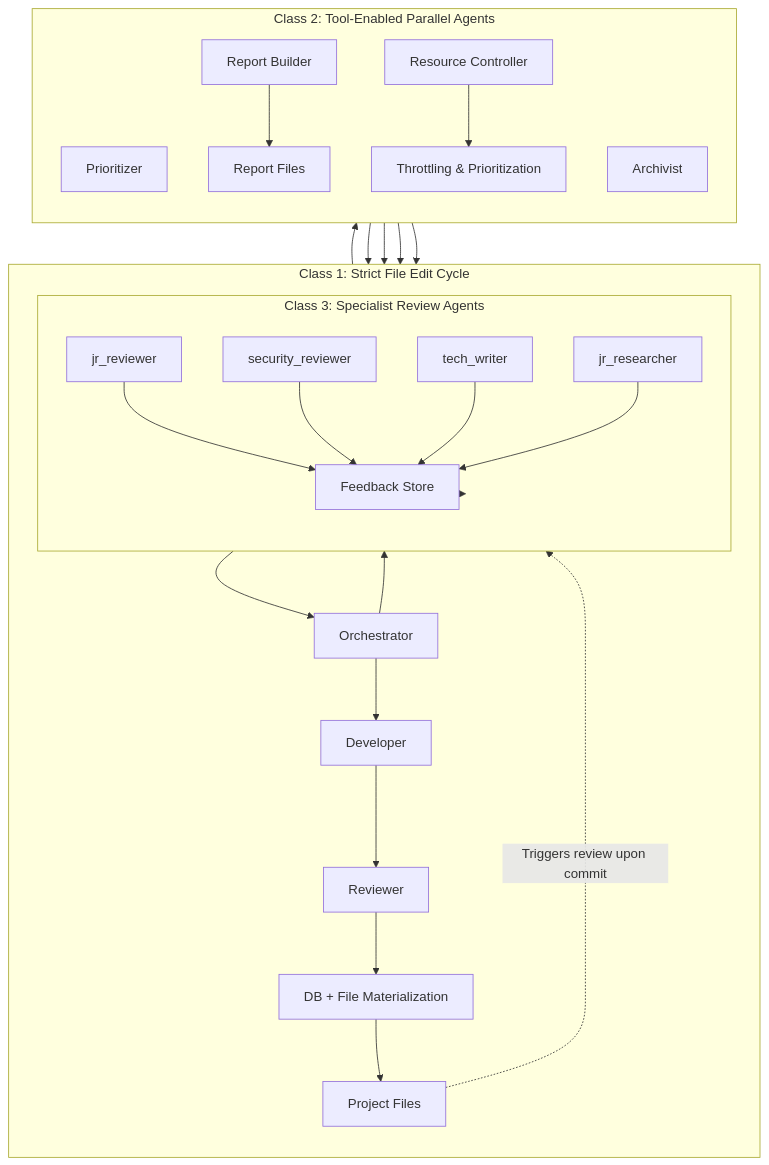
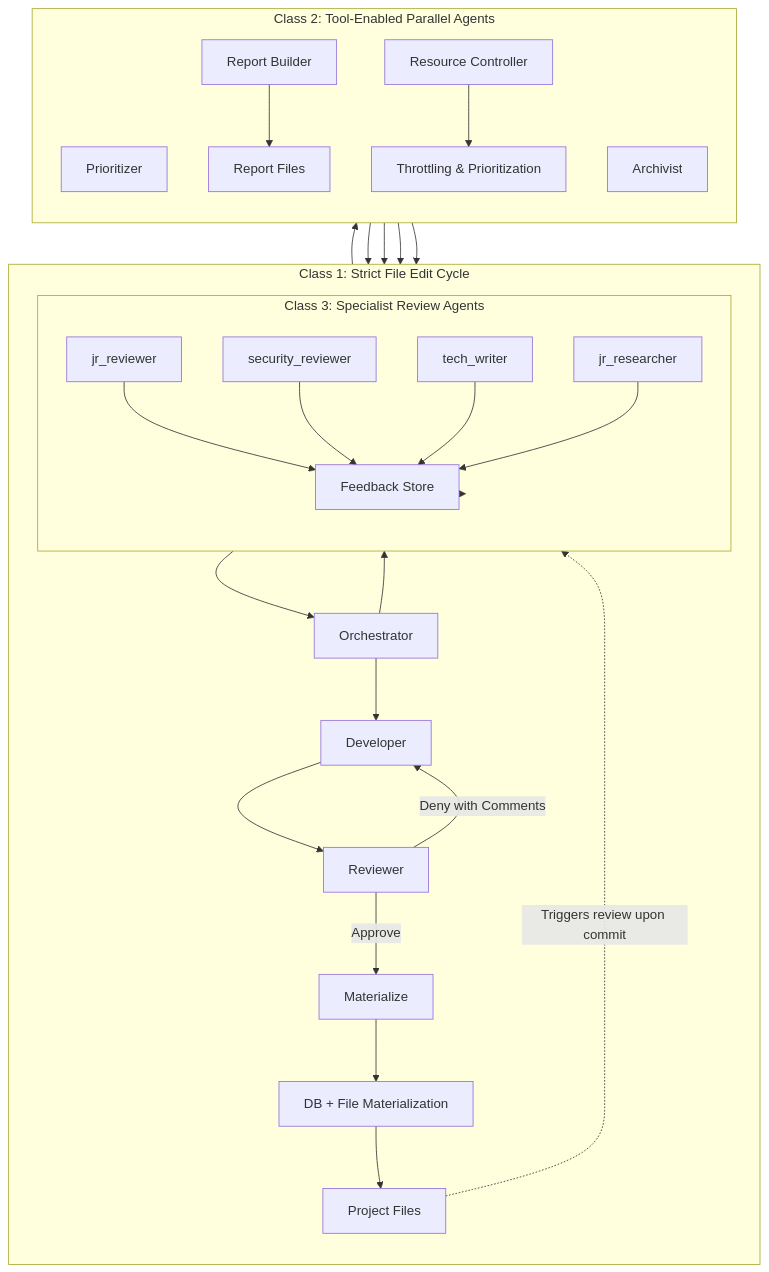
One commit to seakintruth/PrizmForge changed the second of 2 diagrams in README.md. Above: the diagram before and after it, drawn with Mermaid. The commit also changed other lines of this file, not shown here.

Commit message:
docs: update system and class architecture diagrams; clarify Reviewer deny path feeds directly to Developer Agent

````diff
--- a/README.md
+++ b/README.md
@@ -49,54 +65,57 @@
 ```mermaid
 flowchart BT
     subgraph Class3["Class 3: Specialist Review Agents"]
         direction TB
         JrReviewer["jr_reviewer"]
         Security["security_reviewer"]
         TechWriter["tech_writer"]
         JrResearcher["jr_researcher"]
 
         JrReviewer --> Feedback["Feedback Store"]
         Security --> Feedback
         TechWriter --> Feedback
         JrResearcher --> Feedback
     end
 
     subgraph Class2["Class 2: Tool-Enabled Parallel Agents"]
         direction TB
         Prioritizer["Prioritizer"]
         Archivist["Archivist"]
         ReportBuilder["Report Builder"]
         ResourceCtrl["Resource Controller"]
 
         Prioritizer --> Feedback
         Archivist --> Feedback
         ReportBuilder --> Reports["Report Files"]
         ResourceCtrl --> Throttling["Throttling & Prioritization"]
     end
 
     subgraph Class1["Class 1: Strict File Edit Cycle"]
         direction TB
         Orchestrator["Orchestrator"]
         Developer["Developer"]
         Reviewer["Reviewer"]
+        Materialize["Materialize"]
         DBMat["DB + File Materialization"]
 
         Orchestrator --> Feedback
         Orchestrator --> Developer
         Developer --> Reviewer
-        Reviewer --> DBMat
+        Reviewer -->|Approve| Materialize
+        Reviewer -->|Deny with Comments| Developer
+        Materialize --> DBMat
         DBMat --> Files["Project Files"]
 
         Files -.->|Triggers review upon commit| Class3
     end
 
     Feedback --> Orchestrator
     Class3 --> Feedback
     Class2 --> Feedback
 
     Class2 --> Class1
     Class1 --> Class2
 
     Reports["Report Files"]
     Throttling["Throttling & Prioritization"]
 ```
````
